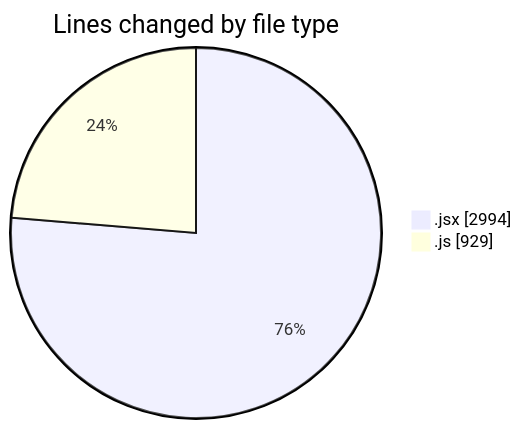
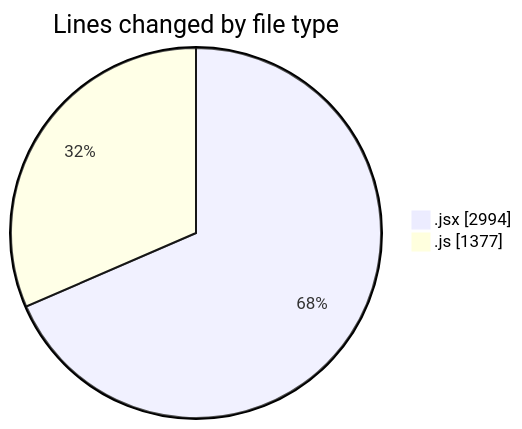
The first of 2 diagrams in 2025-07-19/nxtqube_webapp/README.md (nxtqubesakshisongat/code-tracking), drawn with Mermaid before and after one commit. The commit also changed other lines of this file and 1 other file, not shown here.

````diff
--- a/2025-07-19/nxtqube_webapp/README.md
+++ b/2025-07-19/nxtqube_webapp/README.md
@@ -28,6 +29,6 @@
 ```mermaid
 pie showData
 title Lines changed by file type
 ".jsx" : 2994
-".js" : 929
+".js" : 1377
 ```
````
